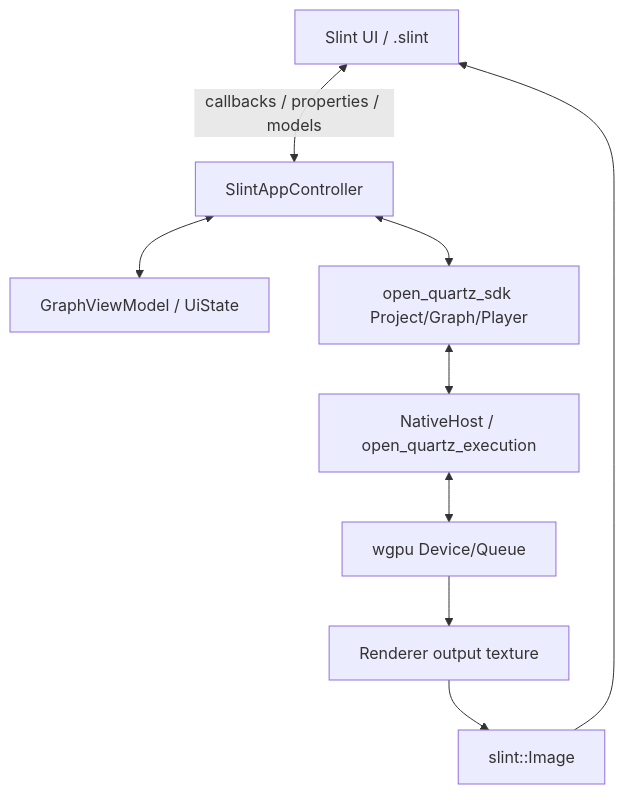
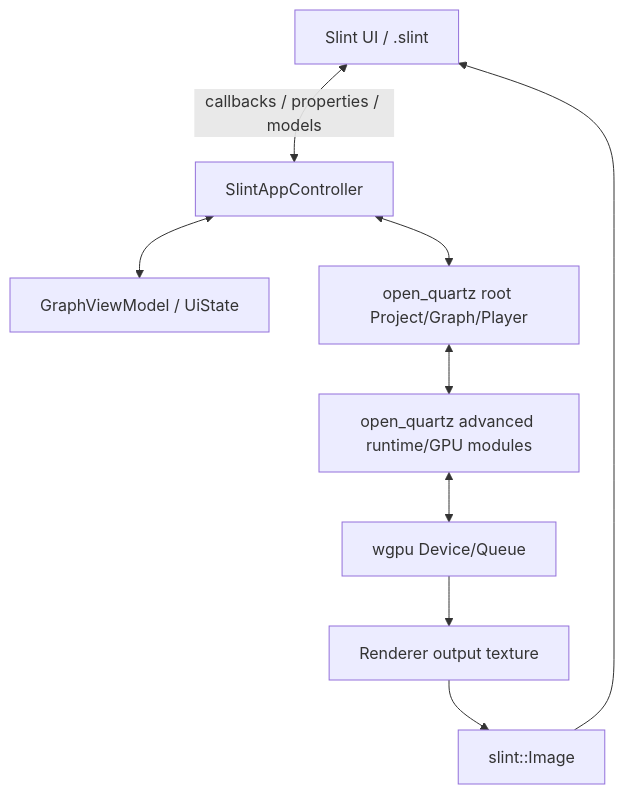
The second of 4 diagrams in docs/SLINT_UI_REFACTOR.md (sanitor/open_quartz), drawn with Mermaid before and after one commit. The commit also changed other lines of this file and 253 other files, not shown here.

````diff
--- a/docs/SLINT_UI_REFACTOR.md
+++ b/docs/SLINT_UI_REFACTOR.md
@@ -160,18 +162,18 @@
 ```mermaid
 flowchart TD
     View[Slint UI / .slint]
     Controller[SlintAppController]
     VM[GraphViewModel / UiState]
-    SDK[open_quartz_sdk Project/Graph/Player]
-    Host[NativeHost / open_quartz_execution]
+    SDK[open_quartz root Project/Graph/Player]
+    Host[open_quartz advanced runtime/GPU modules]
     GPU[wgpu Device/Queue]
     Renderer[Renderer output texture]
     Image[slint::Image]
 
     View <-->|callbacks / properties / models| Controller
     Controller <--> VM
     Controller <--> SDK
     SDK <--> Host
     Host <--> GPU
     GPU --> Renderer --> Image --> View
 ```
````
